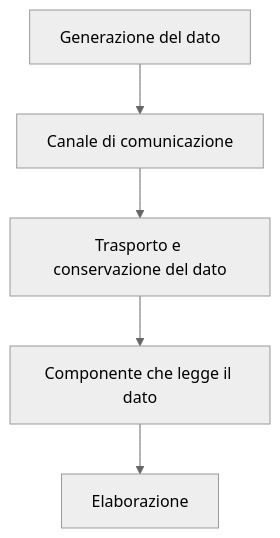
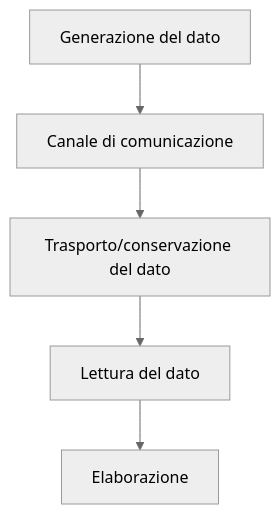
One commit to giuliacacciamani17/v2-redpanda-agentic-smart-factory changed the first of 2 diagrams in docs/02-agentic-data-plane.md. Above: the diagram before and after it, drawn with Mermaid (neutral theme). The commit also changed other lines of this file, not shown here.

Commit message:
docs: agentic- data-plane doc modified

````diff
--- a/docs/02-agentic-data-plane.md
+++ b/docs/02-agentic-data-plane.md
@@ -13,13 +13,13 @@
 ```mermaid
 flowchart TD
     A["Generazione del dato"]
     B["Canale di comunicazione"]
-    C["Trasporto e conservazione del dato"]
-    D["Componente che legge il dato"]
+    C["Trasporto/conservazione del dato"]
+    D["Lettura del dato"]
     E["Elaborazione"]
 
     A --> B
     B --> C
     C --> D
     D --> E
 ```
````
